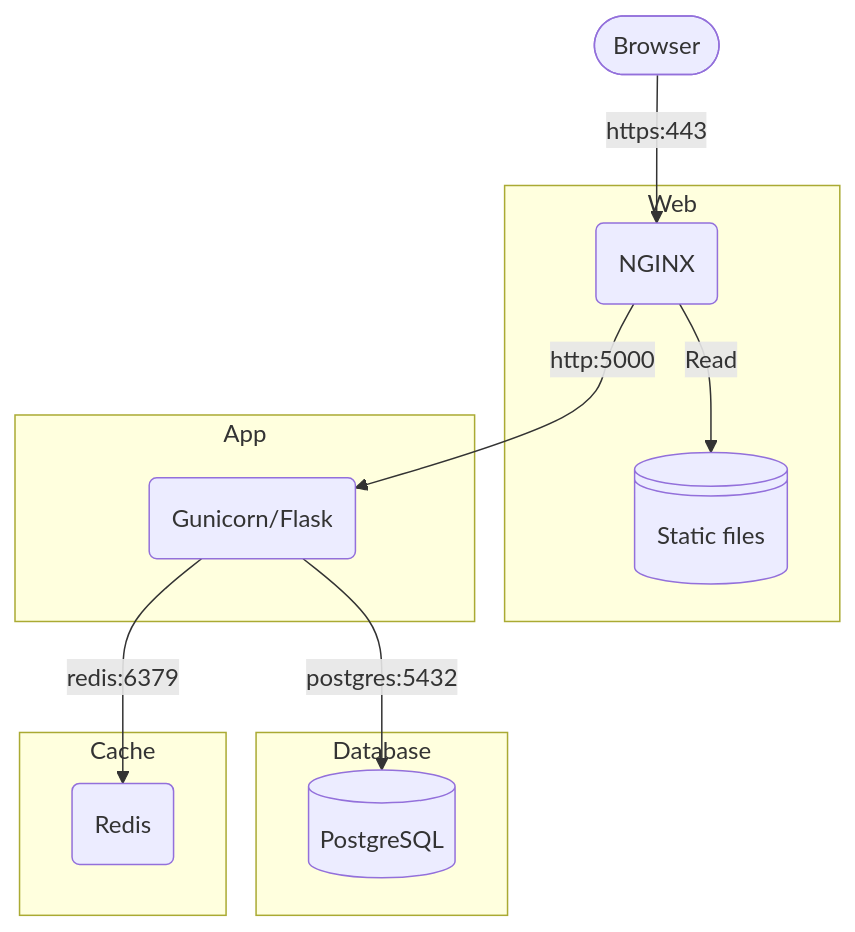
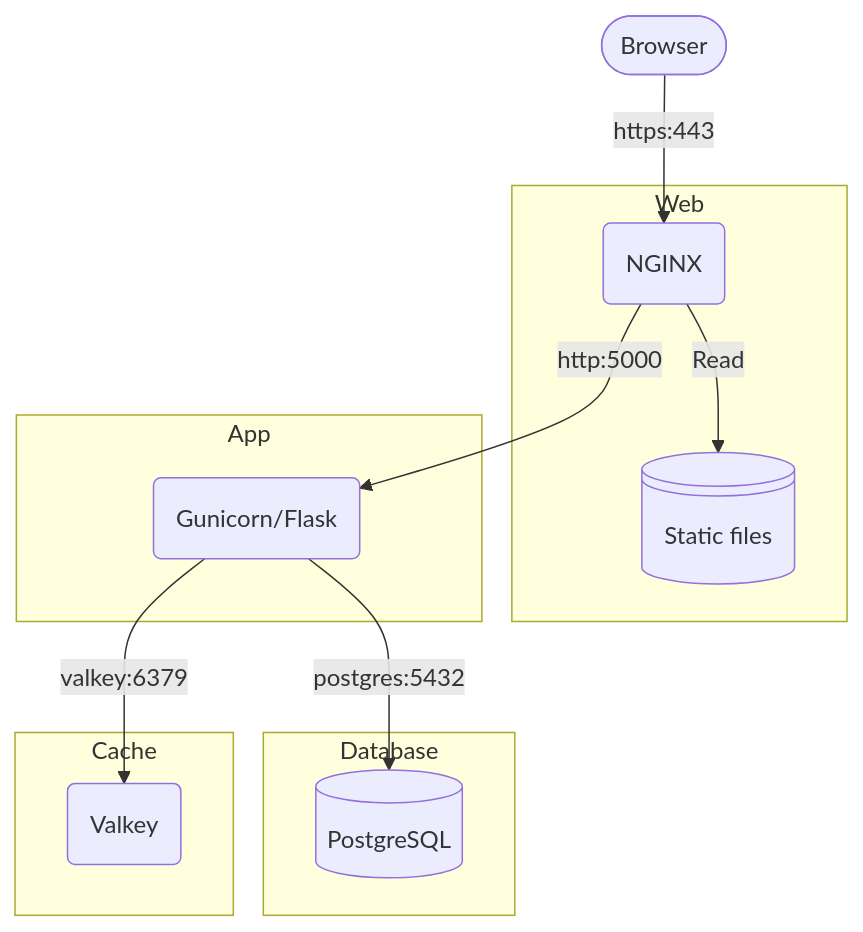
Before and after one commit to LandRegistry/govuk-frontend-flask: the second of 2 diagrams in README.md, drawn with Mermaid. The commit also changed other lines of this file and 2 other files, not shown here.

Commit message:
switch to valkey

````diff
--- a/README.md
+++ b/README.md
@@ -163,28 +163,28 @@
 ```mermaid
 flowchart TB
     browser([Browser])
     db@{ shape: cyl, label: "PostgreSQL" }
     flask(Gunicorn/Flask)
     nginx(NGINX)
-    redis(Redis)
+    valkey(Valkey)
     static@{ shape: lin-cyl, label: "Static files" }
 
     browser -- https:443 --> nginx -- http:5000 --> flask -- postgres:5432 --> db
-    flask -- redis:6379 --> redis
+    flask -- valkey:6379 --> valkey
 
     subgraph Web
         nginx -- Read --> static
     end
 
     subgraph App
         flask
     end
 
     subgraph Database
         db
     end
 
     subgraph Cache
-        redis
+        valkey
     end
 ```
````
